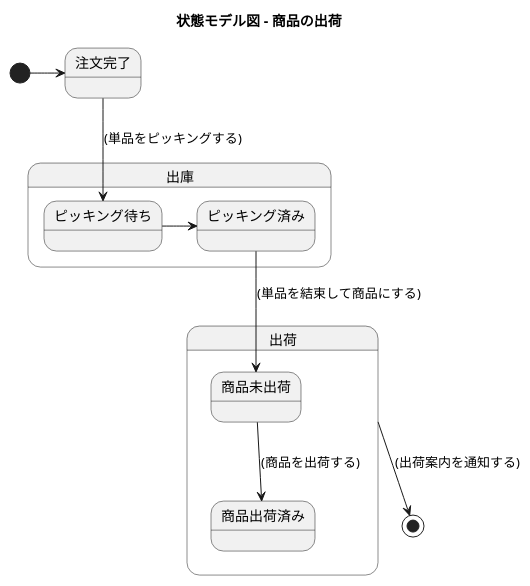
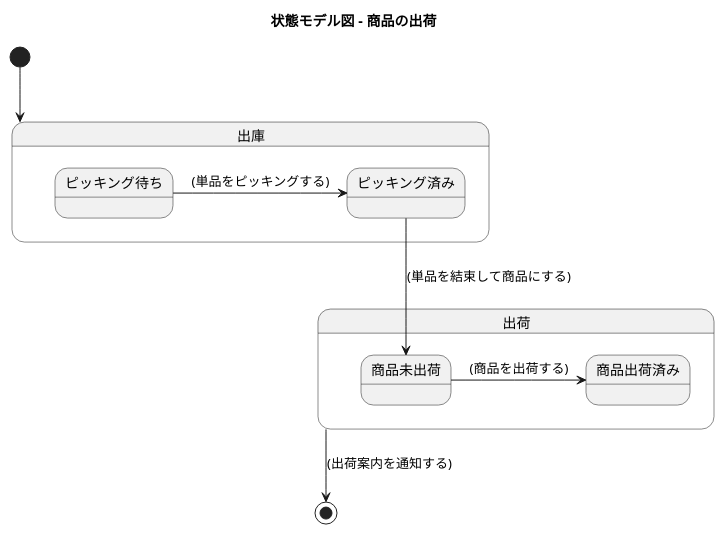
Diagram 40 of 49 in docs/index.adoc (k2works/application_programing_excercise_2022), drawn with PlantUML before and after one commit. The commit also changed other lines of this file, not shown here.

```diff
--- a/docs/index.adoc
+++ b/docs/index.adoc
@@ -1320,25 +1329,24 @@
 [plantuml]
 ----
 @startuml
 
 title 状態モデル図 - 商品の出荷
 
 state 出庫 {
 state ピッキング待ち
 state ピッキング済み
 }
 
 state 出荷 {
 state 商品未出荷
 state 商品出荷済み
 }
 
-[*] -> 注文完了
-注文完了 --> ピッキング待ち: (単品をピッキングする)
-ピッキング待ち -> ピッキング済み
+[*] --> 出庫
+ピッキング待ち -> ピッキング済み: (単品をピッキングする)
 ピッキング済み --> 商品未出荷: (単品を結束して商品にする)
-商品未出荷 --> 商品出荷済み: (商品を出荷する)
+商品未出荷 -> 商品出荷済み: (商品を出荷する)
 出荷 --> [*]: (出荷案内を通知する)
 
 @enduml
 ----
```
